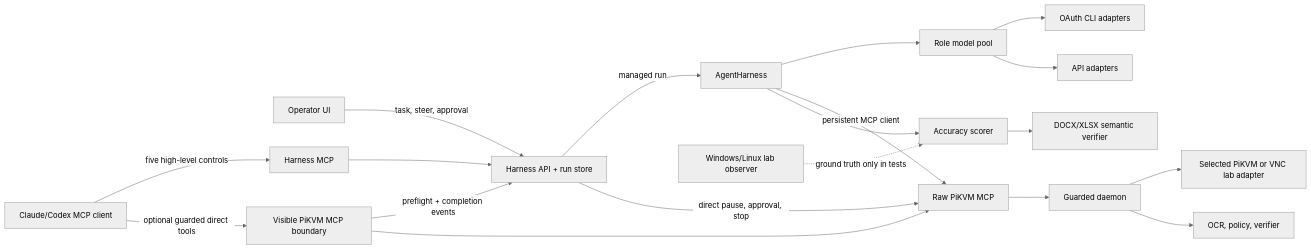
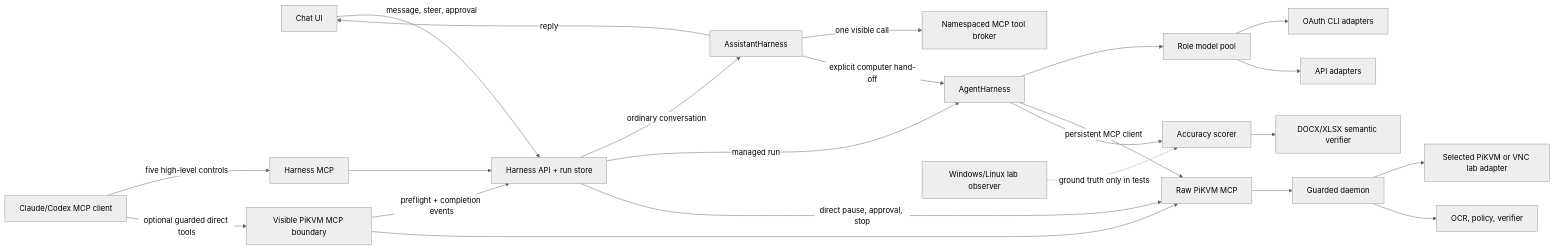
Before and after one commit to kierandrewett/pikvm-agent: the diagram in docs/HARNESS_ARCHITECTURE.md, drawn with Mermaid (neutral theme). The commit also changed other lines of this file and 43 other files, not shown here.

Commit message:
feat(harness): make desktop chat first

````diff
--- a/docs/HARNESS_ARCHITECTURE.md
+++ b/docs/HARNESS_ARCHITECTURE.md
@@ -37,21 +37,25 @@
 ```mermaid
 flowchart LR
-    U["Operator UI"] -->|"task, steer, approval"| S["Harness API + run store"]
+    U["Chat UI"] -->|"message, steer, approval"| S["Harness API + run store"]
+    S -->|"ordinary conversation"| AH["AssistantHarness"]
+    AH -->|"reply"| U
+    AH -->|"one visible call"| GT["Namespaced MCP tool broker"]
+    AH -->|"explicit computer hand-off"| H
     C["Claude/Codex MCP client"] -->|"five high-level controls"| HM["Harness MCP"]
     HM --> S
     S -->|"managed run"| H["AgentHarness"]
     C -->|"optional guarded direct tools"| VM["Visible PiKVM MCP boundary"]
     VM -->|"preflight + completion events"| S
     VM --> RM
     S -->|"direct pause, approval, stop"| RM
     H --> R["Role model pool"]
     R --> O["OAuth CLI adapters"]
     R --> A["API adapters"]
     H -->|"persistent MCP client"| RM["Raw PiKVM MCP"]
     RM --> D["Guarded daemon"]
     D --> P["Selected PiKVM or VNC lab adapter"]
     D --> V["OCR, policy, verifier"]
     L["Windows/Linux lab observer"] -. "ground truth only in tests" .-> E["Accuracy scorer"]
     H --> E
     E --> OA["DOCX/XLSX semantic verifier"]
 ```
````
